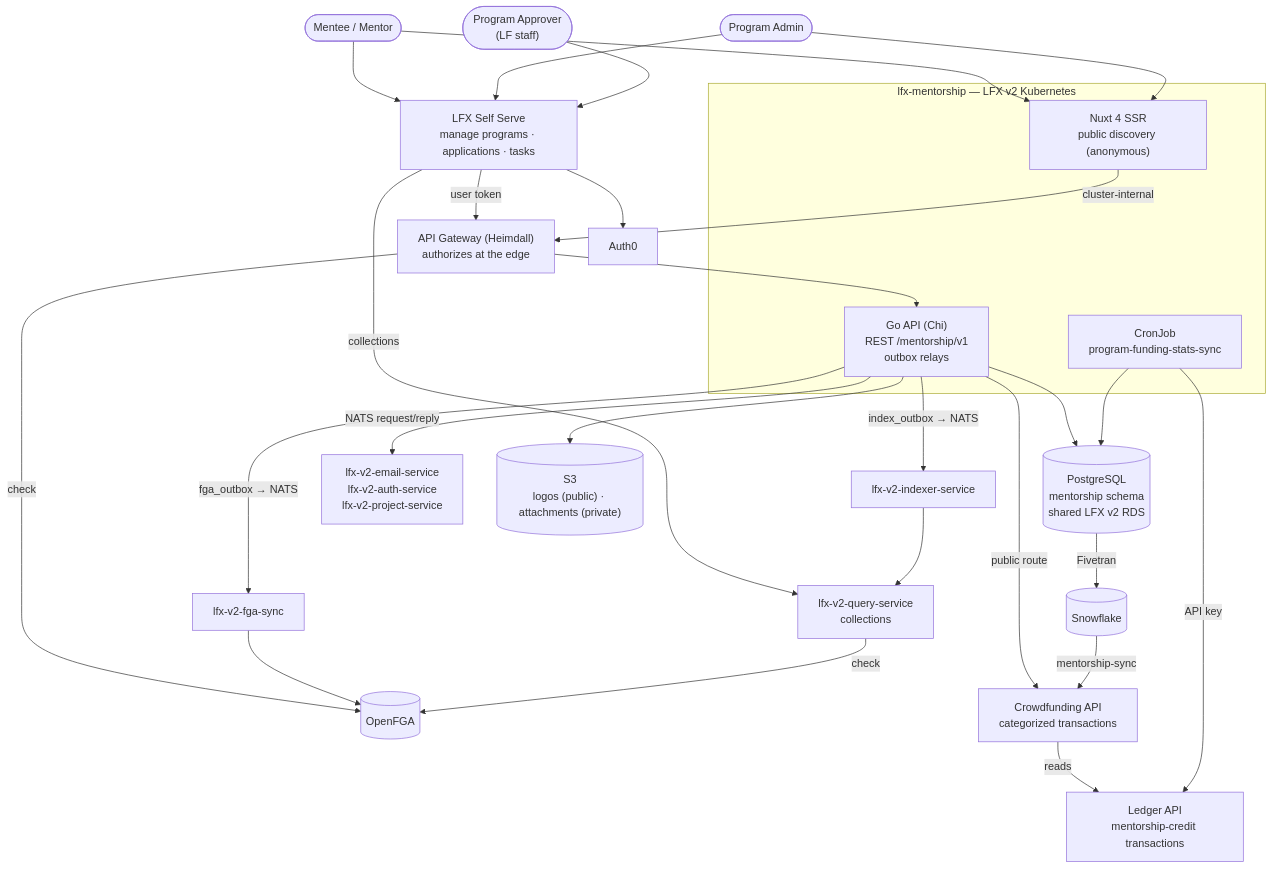
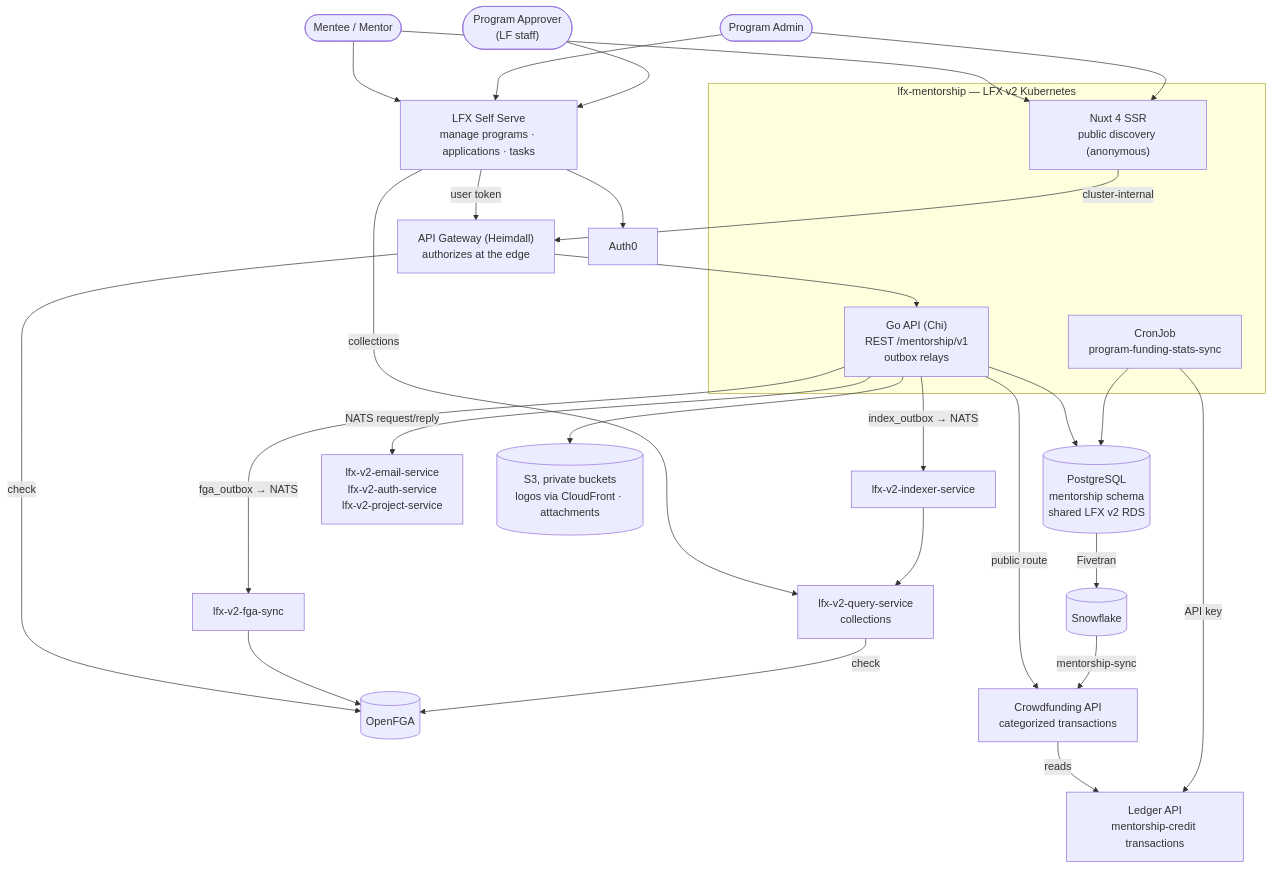
Before and after one commit to linuxfoundation/lfx-mentorship: the diagram in ARCHITECTURE.md, drawn with Mermaid. The commit also changed other lines of this file, not shown here.

Commit message:
fix(review): address PR #143 review feedback
Address review comment from copilot-pull-request-reviewer:

- ARCHITECTURE.md section 4 and the section 1 diagram: both object-store
  buckets are private at the origin (lfx-v2-opentofu blocks public
  access on every store); logos are served publicly through CloudFront
  with Origin Access Control, task submissions through the API's
  authenticated download route.

Resolves 1 review thread.

````diff
--- a/ARCHITECTURE.md
+++ b/ARCHITECTURE.md
@@ -36,51 +36,51 @@
 ```mermaid
 flowchart TB
     USERS(["Mentee / Mentor"])
     ADMIN(["Program Admin"])
     APPROVER(["Program Approver<br/>(LF staff)"])
 
     HEIMDALL["API Gateway (Heimdall)<br/>authorizes at the edge"]
     FGA[("OpenFGA")]
 
     subgraph K8S["lfx-mentorship — LFX v2 Kubernetes"]
         NUXT["Nuxt 4 SSR<br/>public discovery (anonymous)"]
         API["Go API (Chi)<br/>REST /mentorship/v1<br/>outbox relays"]
         CRON["CronJob<br/>program-funding-stats-sync"]
     end
 
     PG[("PostgreSQL<br/>mentorship schema<br/>shared LFX v2 RDS")]
 
     SS["LFX Self Serve<br/>manage programs · applications · tasks"]
     QS["lfx-v2-query-service<br/>collections"]
     AUTH0["Auth0"]
     FGASYNC["lfx-v2-fga-sync"]
     INDEXER["lfx-v2-indexer-service"]
     NATSRR["lfx-v2-email-service<br/>lfx-v2-auth-service<br/>lfx-v2-project-service"]
     LEDGER["Ledger API<br/>mentorship-credit transactions"]
     CF["Crowdfunding API<br/>categorized transactions"]
-    S3[("S3<br/>logos (public) · attachments (private)")]
+    S3[("S3, private buckets<br/>logos via CloudFront · attachments")]
     SF[("Snowflake")]
 
     USERS & ADMIN --> NUXT
     USERS & ADMIN & APPROVER --> SS
     SS --> AUTH0
     NUXT -- "cluster-internal" --> HEIMDALL
     SS -- "user token" --> HEIMDALL
     SS -- "collections" --> QS
     HEIMDALL -- "check" --> FGA
     HEIMDALL --> API
     API --> PG
     API --> S3
     API -- "fga_outbox → NATS" --> FGASYNC
     FGASYNC --> FGA
     API -- "index_outbox → NATS" --> INDEXER
     INDEXER --> QS
     QS -- "check" --> FGA
     API -- "NATS request/reply" --> NATSRR
     API -- "public route" --> CF
     CF -- "reads" --> LEDGER
     CRON -- "API key" --> LEDGER
     CRON --> PG
     PG -- "Fivetran" --> SF
     SF -- "mentorship-sync" --> CF
 ```
````
